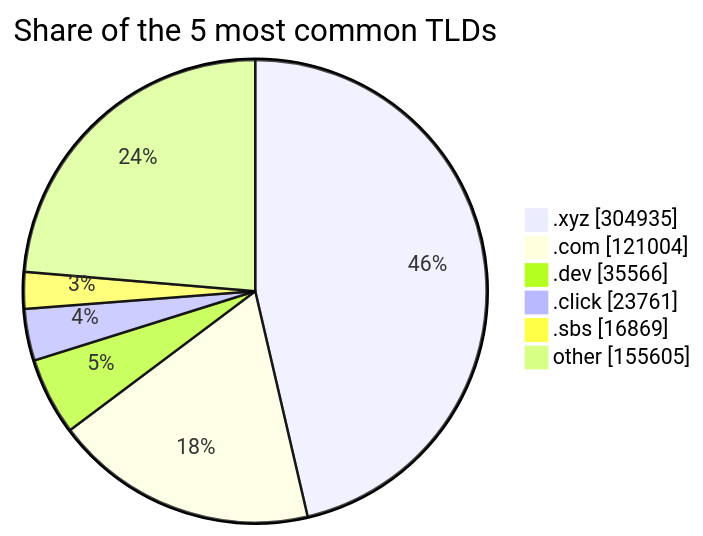
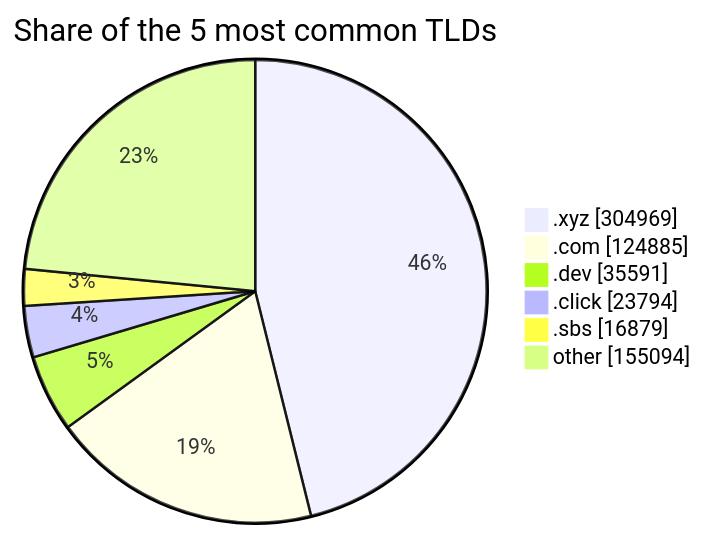
Before and after one commit to DNSBunker/CTI: the third of 3 diagrams in README.md, drawn with Mermaid. The commit also changed other lines of this file and 3 other files, not shown here.

````diff
--- a/README.md
+++ b/README.md
@@ -81,9 +81,9 @@
 ```mermaid
 pie showData title Share of the 5 most common TLDs
-    ".xyz" : 304935
-    ".com" : 121004
-    ".dev" : 35566
-    ".click" : 23761
-    ".sbs" : 16869
-    "other" : 155605
+    ".xyz" : 304969
+    ".com" : 124885
+    ".dev" : 35591
+    ".click" : 23794
+    ".sbs" : 16879
+    "other" : 155094
 ```
````
